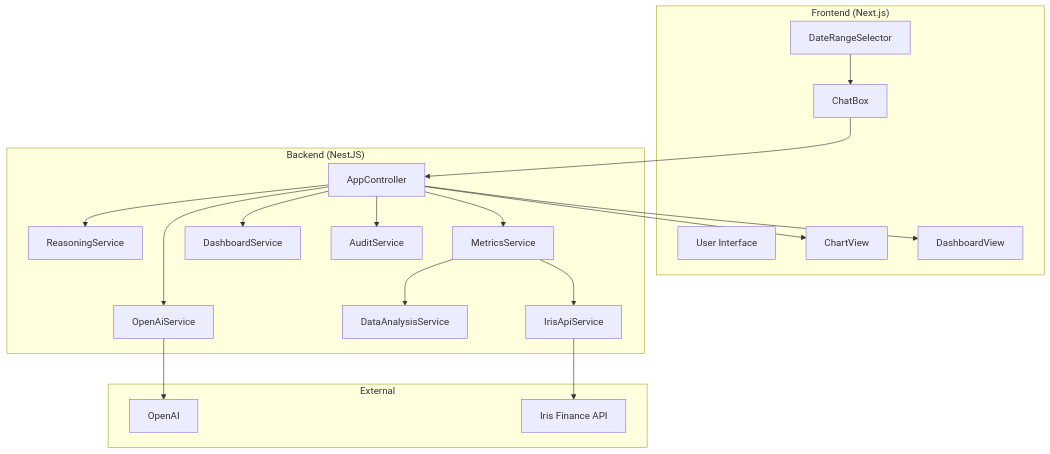
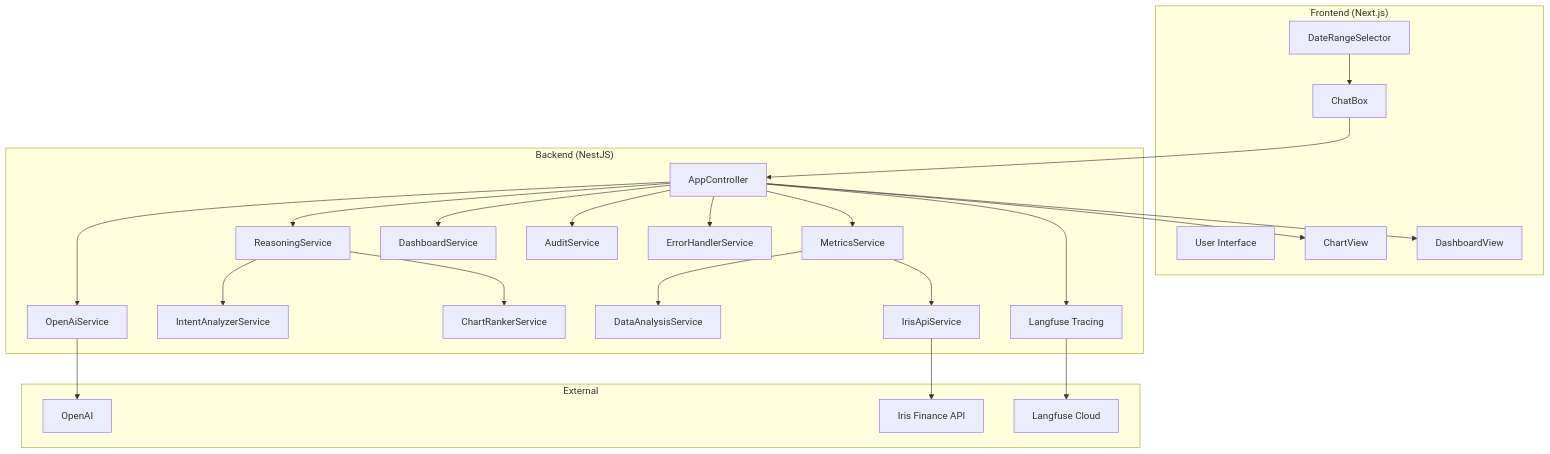
One commit to a-d-king/iris_chat_to_chart changed the diagram in README.md. Above: the diagram before and after it, drawn with Mermaid. The commit also changed other lines of this file, not shown here.

````diff
--- a/README.md
+++ b/README.md
@@ -70,38 +78,47 @@
 ```mermaid
 graph TB
     subgraph "Frontend (Next.js)"
         UI[User Interface]
         ChatBox[ChatBox]
         DateSelector[DateRangeSelector]
         ChartView[ChartView]
         DashboardView[DashboardView]
     end
 
     subgraph "Backend (NestJS)"
         API[AppController]
         OpenAI[OpenAiService]
         Reasoning[ReasoningService]
+        IntentAnalyzer[IntentAnalyzerService]
+        ChartRanker[ChartRankerService]
         Metrics[MetricsService]
         DataAnalysis[DataAnalysisService]
         Dashboard[DashboardService]
         Audit[AuditService]
         IrisAPI[IrisApiService]
+        ErrorHandler[ErrorHandlerService]
+        Langfuse[Langfuse Tracing]
     end
 
     subgraph "External"
         GPT4[OpenAI]
         Iris[Iris Finance API]
+        LangfuseCloud[Langfuse Cloud]
     end
 
     ChatBox --> API
     DateSelector --> ChatBox
     API --> Metrics
     Metrics --> IrisAPI --> Iris
     Metrics --> DataAnalysis
     API --> OpenAI --> GPT4
     API --> Reasoning
+    Reasoning --> IntentAnalyzer
+    Reasoning --> ChartRanker
     API --> Dashboard
     API --> Audit
     API --> ChartView
     API --> DashboardView
+    API --> ErrorHandler
+    API --> Langfuse --> LangfuseCloud
 ```
````
